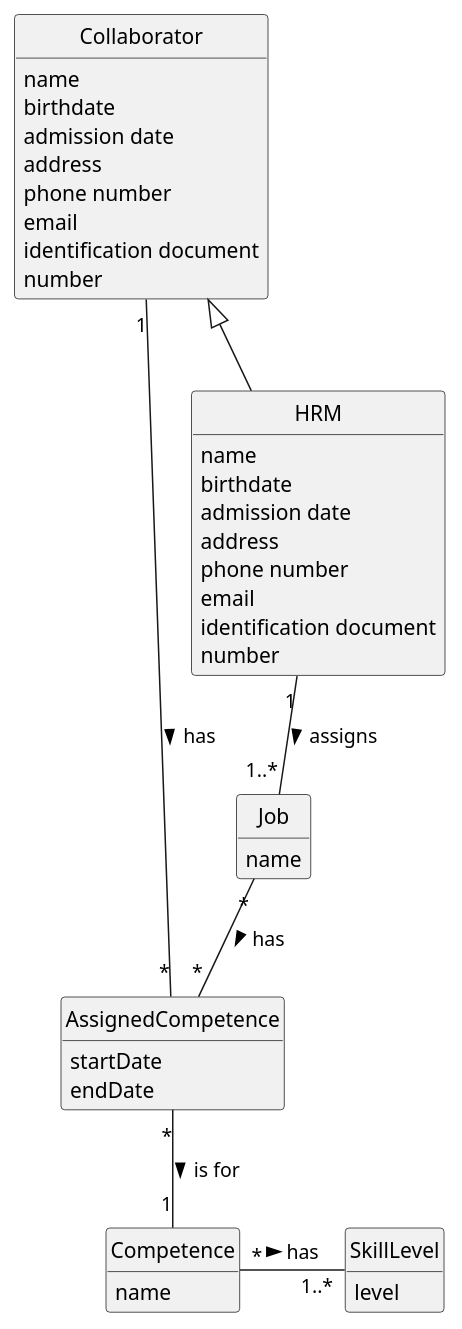
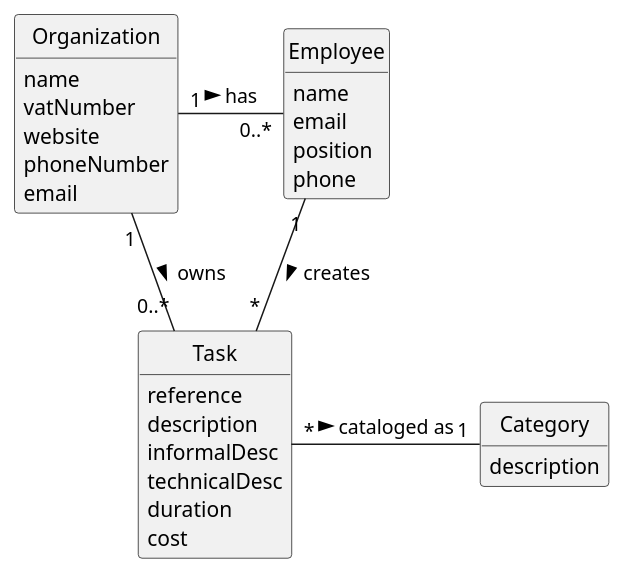
Before and after one commit to diogoveirospro/lei-24-s2-1dg-g072: the diagram in docs/sprintA/us004/02.analysis/puml/us004-domain-model.puml, drawn with PlantUML. The commit also changed 13 other files, not shown here.

```diff
--- a/docs/sprintA/us004/02.analysis/puml/us004-domain-model.puml
+++ b/docs/sprintA/us004/02.analysis/puml/us004-domain-model.puml
@@ -1,70 +1,57 @@
 @startuml
 skinparam monochrome true
 skinparam packageStyle rectangle
 skinparam shadowing false
 
 'left to right direction
 
 skinparam classAttributeIconSize 0
 
 hide circle
 hide methods
 
-'class Platform {
-'  -description
-'}
 
-class Job {
+
+class Organization {
     name
+    vatNumber
+    website
+    phoneNumber
+    email
 }
 
-class Collaborator {
-   name
-   birthdate
-   admission date
-   address
-   phone number
-   email
-   identification document
-   number
+class Task {
+    reference
+    description
+    informalDesc
+    technicalDesc
+    duration
+    cost
 }
 
-class Competence {
-    name
+class Category {
+    description
 }
 
-class SkillLevel {
-    level
-}
-
-class AssignedCompetence {
-    startDate
-    endDate
-}
-
-class HRM {
-   name
-   birthdate
-   admission date
-   address
-   phone number
-   email
-   identification document
-   number
+class Employee {
+    name
+    email
+    position
+    phone
 }
 
 'class User {
 '    name
 '    email
 '    password
 '}
 
-
-HRM "1" -- "1..*" Job : assigns >
-Collaborator <|-- HRM
-Competence "*" - "1..*" SkillLevel : has >
-Collaborator "1" -- "*" AssignedCompetence : has >
-Job "*" -- "*" AssignedCompetence : has >
-AssignedCompetence "*" -- "1" Competence : is for >
-
+'Platform "1" -- "*" Organization : has registered >
+'Platform "1" -- "*" Category : defines >
+Organization "1" - "0..*" Employee : has >
+Organization "1" - "0..*" Task: owns >
+'Task "*" -- "1" Employee: created by >
+Employee "1" -- "*" Task : creates >
+'Employee "0..1" -- "1" User: acts as >
+Task "*" - "1" Category: cataloged as >
 @enduml
```
